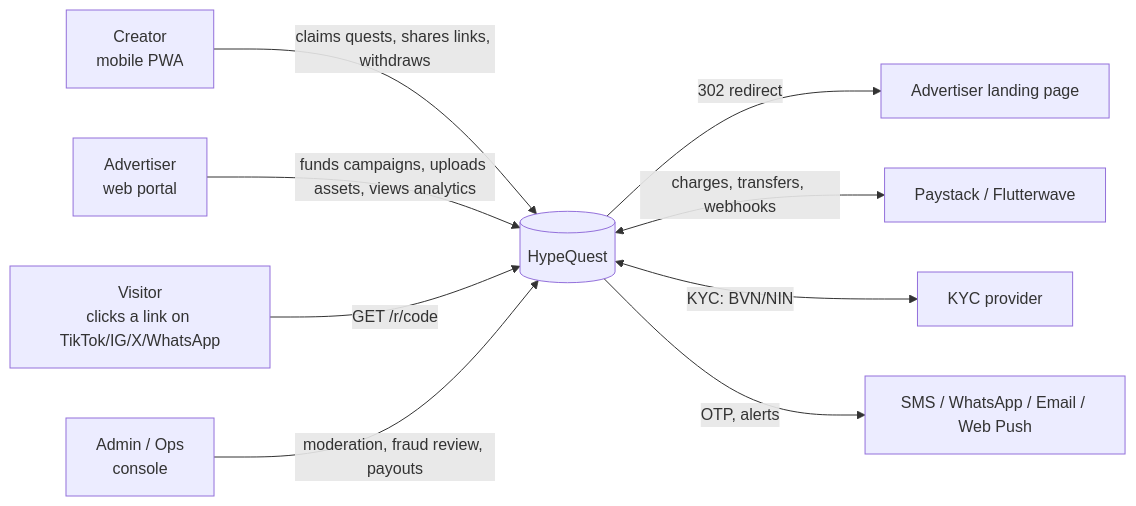
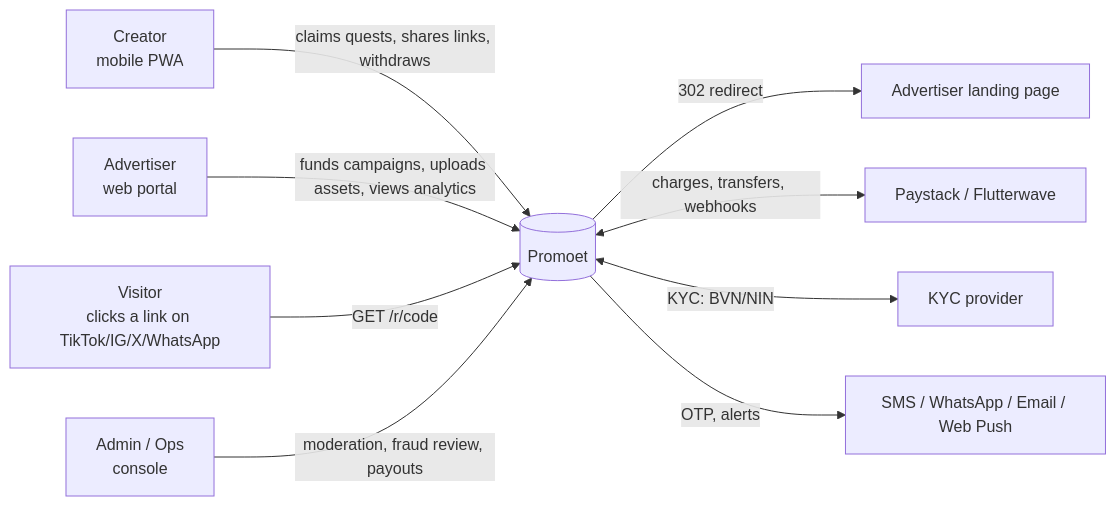
One commit to travellertope/hypepromo changed the first of 4 diagrams in docs/ARCHITECTURE.md. Above: the diagram before and after it, drawn with Mermaid. The commit also changed other lines of this file and 1 other file, not shown here.

First line of the commit message:
Rename product to Promoet in plan and README

````diff
--- a/docs/ARCHITECTURE.md
+++ b/docs/ARCHITECTURE.md
@@ -39,11 +39,11 @@
 ```mermaid
 flowchart LR
-  C[Creator<br/>mobile PWA] -->|claims quests, shares links, withdraws| HQ[(HypeQuest)]
-  A[Advertiser<br/>web portal] -->|funds campaigns, uploads assets, views analytics| HQ
-  V[Visitor<br/>clicks a link on TikTok/IG/X/WhatsApp] -->|GET /r/code| HQ
-  OPS[Admin / Ops<br/>console] -->|moderation, fraud review, payouts| HQ
-  HQ -->|302 redirect| LP[Advertiser landing page]
-  HQ <-->|charges, transfers, webhooks| PSP[Paystack / Flutterwave]
-  HQ <-->|KYC: BVN/NIN| KYC[KYC provider]
-  HQ -->|OTP, alerts| MSG[SMS / WhatsApp / Email / Web Push]
+  C[Creator<br/>mobile PWA] -->|claims quests, shares links, withdraws| PM[(Promoet)]
+  A[Advertiser<br/>web portal] -->|funds campaigns, uploads assets, views analytics| PM
+  V[Visitor<br/>clicks a link on TikTok/IG/X/WhatsApp] -->|GET /r/code| PM
+  OPS[Admin / Ops<br/>console] -->|moderation, fraud review, payouts| PM
+  PM -->|302 redirect| LP[Advertiser landing page]
+  PM <-->|charges, transfers, webhooks| PSP[Paystack / Flutterwave]
+  PM <-->|KYC: BVN/NIN| KYC[KYC provider]
+  PM -->|OTP, alerts| MSG[SMS / WhatsApp / Email / Web Push]
 ```
````
